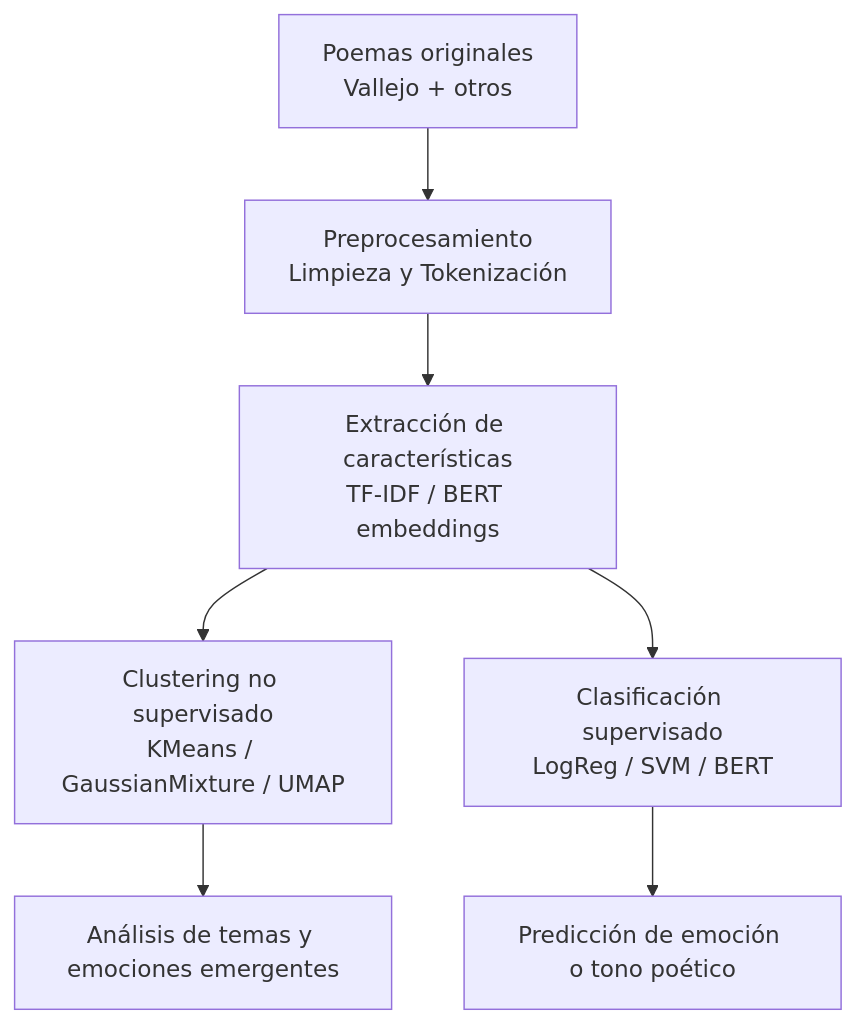
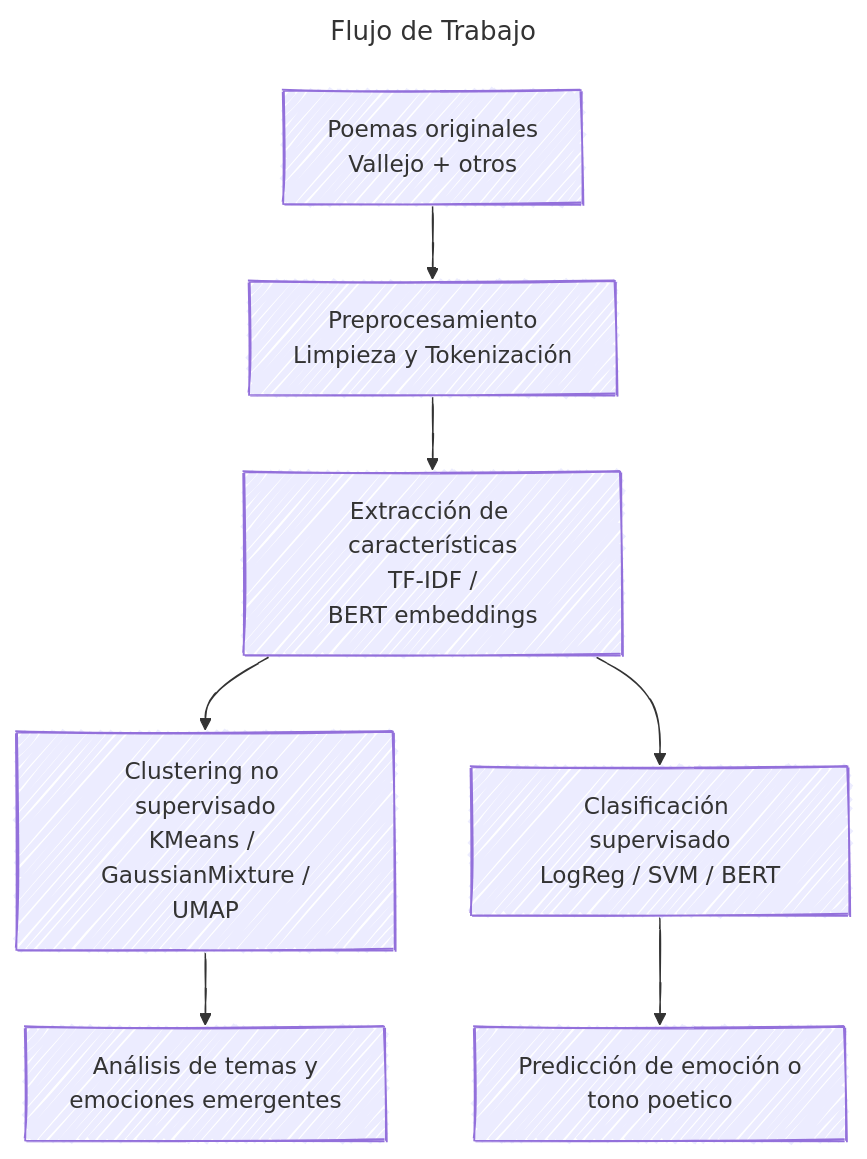
The diagram in README.md (HubertRonald/VersoVector), drawn with Mermaid before and after one commit. The commit also changed other lines of this file, not shown here.

````diff
--- a/README.md
+++ b/README.md
@@ -46,9 +55,20 @@
 ```mermaid
-graph TD
+---
+title: Flujo de Trabajo
+---
+%%{init: {
+    'look':'handDrawn',
+    'theme':'default',
+    'flowchart': {
+      'layoutDirection': "TD"
+    }
+  }
+}%%
+flowchart
     A[Poemas originales<br>Vallejo + otros] --> B[Preprocesamiento<br>Limpieza y Tokenización]
-    B --> C[Extracción de características<br>TF-IDF / BERT embeddings]
-    C --> D1[Clustering no supervisado<br>KMeans / GaussianMixture / UMAP]
+    B --> C[Extracción de características<br>TF-IDF /<br>BERT embeddings]
+    C --> D1[Clustering no supervisado<br>KMeans / GaussianMixture /<br>UMAP]
     C --> D2[Clasificación supervisado<br>LogReg / SVM / BERT]
-    D1 --> E1[Análisis de temas y emociones emergentes]
-    D2 --> E2[Predicción de emoción o tono poético]
+    D1 --> E1[Análisis de temas y<br>emociones emergentes]
+    D2 --> E2[Predicción de emoción o<br>tono poetico]
 ```
````
